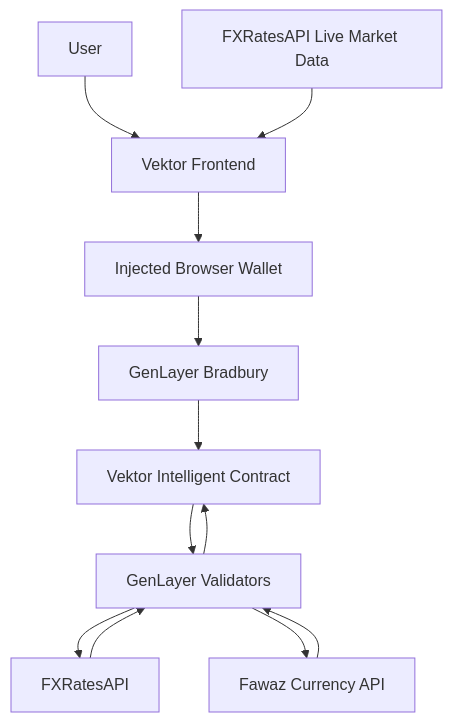
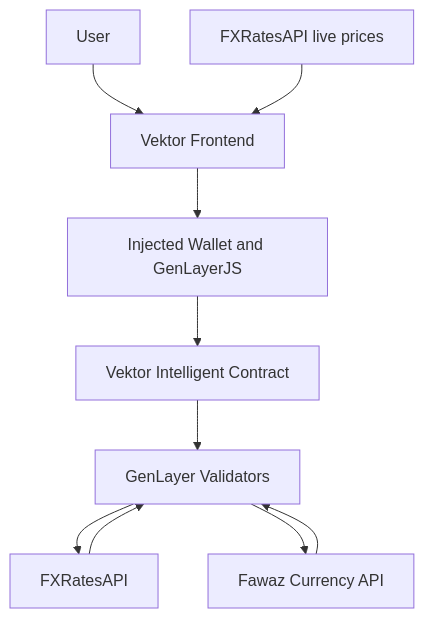
Before and after one commit to jason4185/vektor: the fourth of 4 diagrams in README.md, drawn with Mermaid. The commit also changed other lines of this file and 4 other files, not shown here.

````diff
--- a/README.md
+++ b/README.md
@@ -165,14 +251,12 @@
 ```mermaid
 flowchart TB
     U[User] --> F[Vektor Frontend]
-    F --> W[Injected Browser Wallet]
-    W --> G[GenLayer Bradbury]
-    G --> C[Vektor Intelligent Contract]
+    F --> W[Injected Wallet and GenLayerJS]
+    W --> C[Vektor Intelligent Contract]
     C --> V[GenLayer Validators]
     V --> S1[FXRatesAPI]
     V --> S2[Fawaz Currency API]
     S1 --> V
     S2 --> V
-    V --> C
-    M[FXRatesAPI Live Market Data] --> F
+    M[FXRatesAPI live prices] --> F
 ```
````
